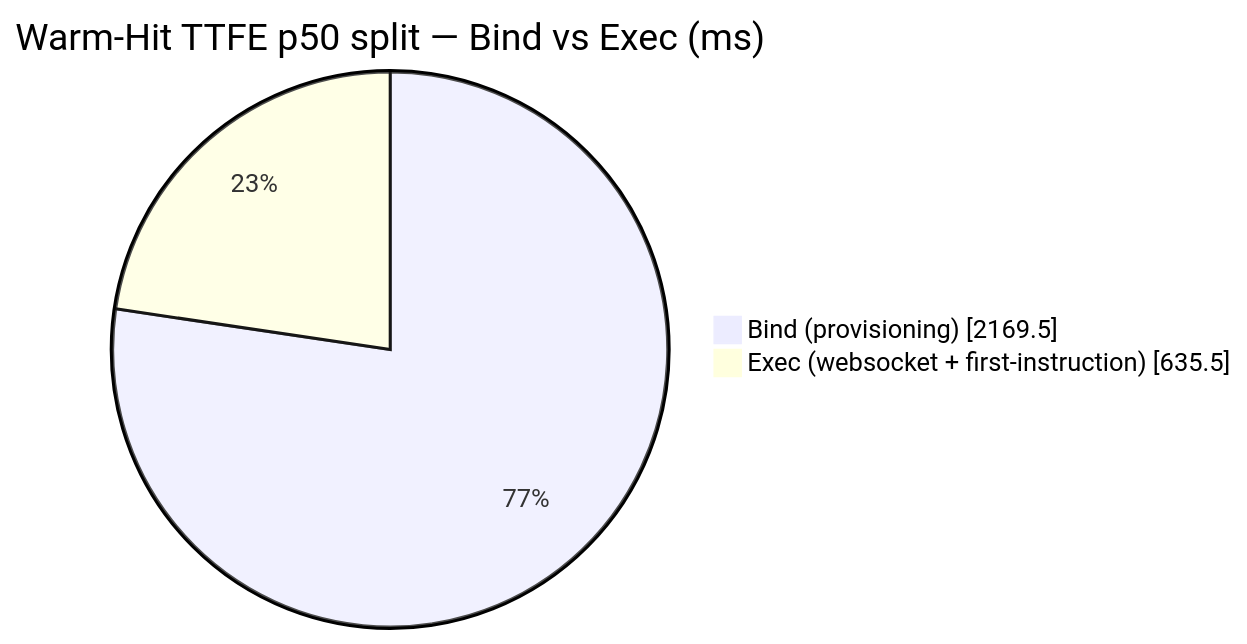
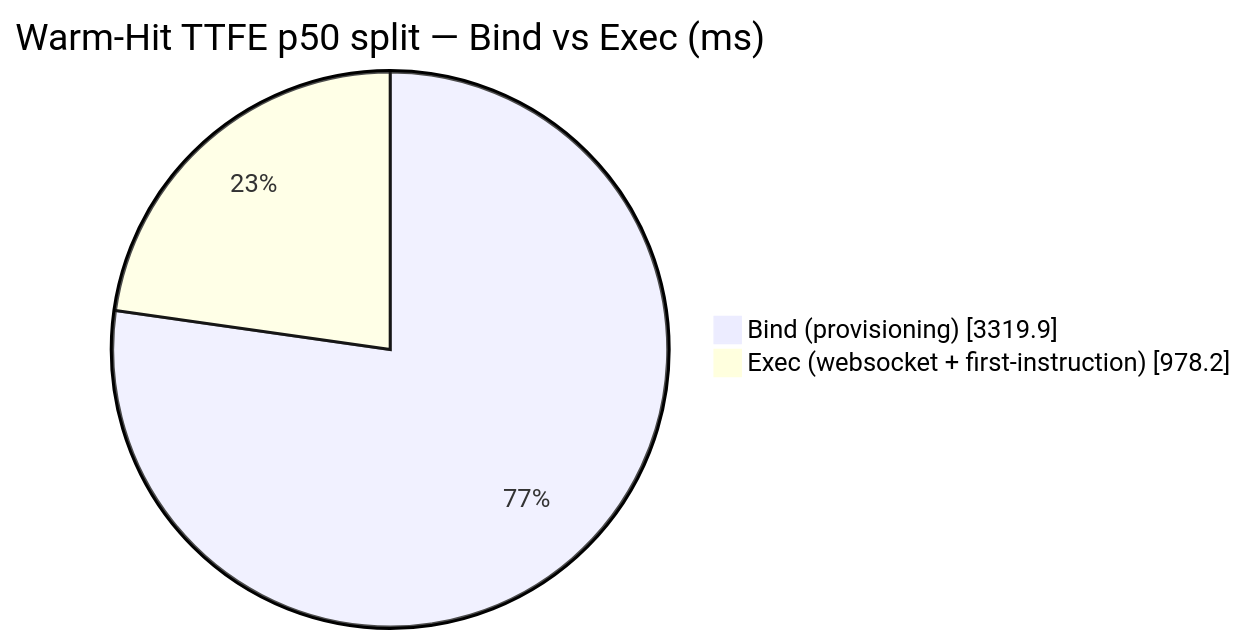
One commit to AlexBulankou/honest-bench changed the diagram in DETAILS.md. Above: the diagram before and after it, drawn with Mermaid. The commit also changed other lines of this file and 4 other files, not shown here.

````diff
--- a/DETAILS.md
+++ b/DETAILS.md
@@ -105,6 +106,6 @@
 ```mermaid
 pie showData
     title Warm-Hit TTFE p50 split — Bind vs Exec (ms)
-    "Bind (provisioning)" : 2169.5
-    "Exec (websocket + first-instruction)" : 635.5
+    "Bind (provisioning)" : 3319.9
+    "Exec (websocket + first-instruction)" : 978.2
 ```
````
